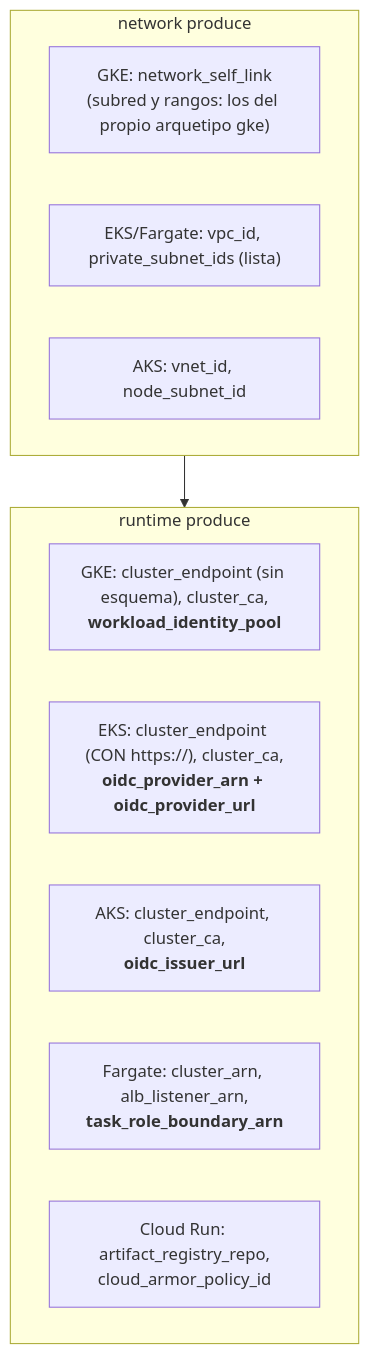
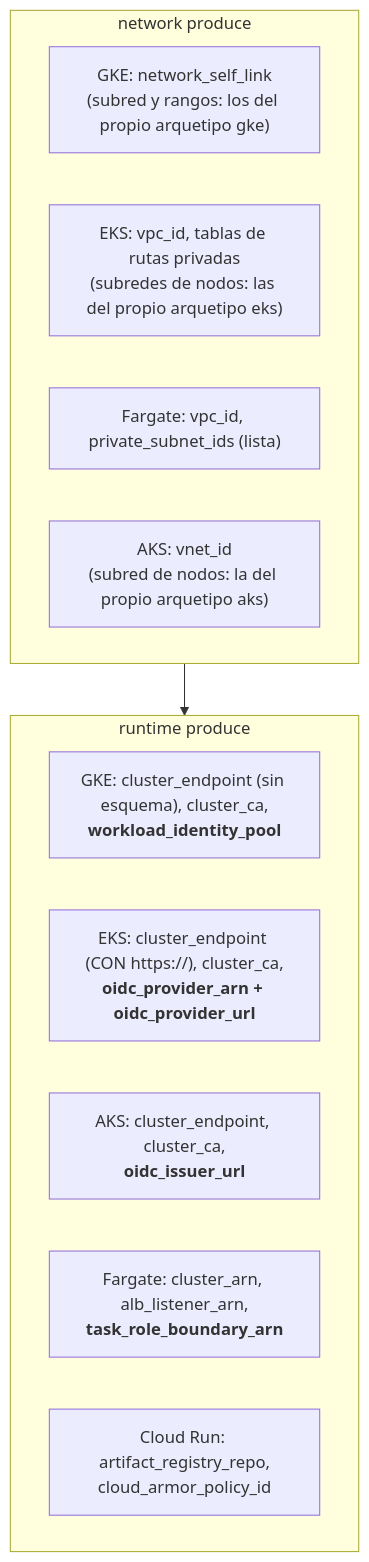
One commit to aescanero/proposal_documents changed the tenth of 19 diagrams in docs/es/platform-overview.md. Above: the diagram before and after it, drawn with Mermaid. The commit also changed 9 other files, not shown here.

First line of the commit message:
Move the EKS and AKS guides to runtime-owned subnets (en and es)

````diff
--- a/docs/es/platform-overview.md
+++ b/docs/es/platform-overview.md
@@ -271,16 +271,17 @@
 ```mermaid
 flowchart TD
     subgraph NET["network produce"]
         G1["GKE: network_self_link<br/>(subred y rangos: los del propio arquetipo gke)"]
-        A1["EKS/Fargate: vpc_id, private_subnet_ids (lista)"]
-        Z1["AKS: vnet_id, node_subnet_id"]
+        A1["EKS: vpc_id, tablas de rutas privadas<br/>(subredes de nodos: las del propio arquetipo eks)"]
+        F1["Fargate: vpc_id, private_subnet_ids (lista)"]
+        Z1["AKS: vnet_id<br/>(subred de nodos: la del propio arquetipo aks)"]
     end
     subgraph CLU["runtime produce"]
         G2["GKE: cluster_endpoint (sin esquema), cluster_ca,<br/><b>workload_identity_pool</b>"]
         A2["EKS: cluster_endpoint (CON https://), cluster_ca,<br/><b>oidc_provider_arn + oidc_provider_url</b>"]
         Z2["AKS: cluster_endpoint, cluster_ca,<br/><b>oidc_issuer_url</b>"]
         F2["Fargate: cluster_arn, alb_listener_arn,<br/><b>task_role_boundary_arn</b>"]
         C2["Cloud Run: artifact_registry_repo,<br/>cloud_armor_policy_id"]
     end
     NET --> CLU
 ```
````
